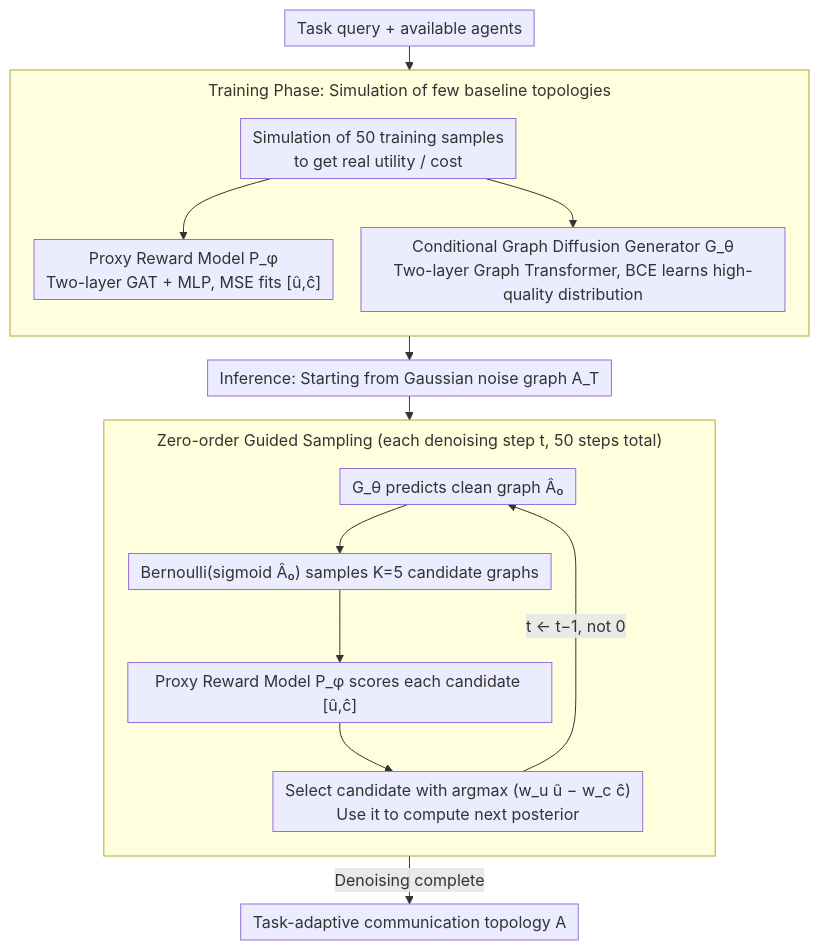
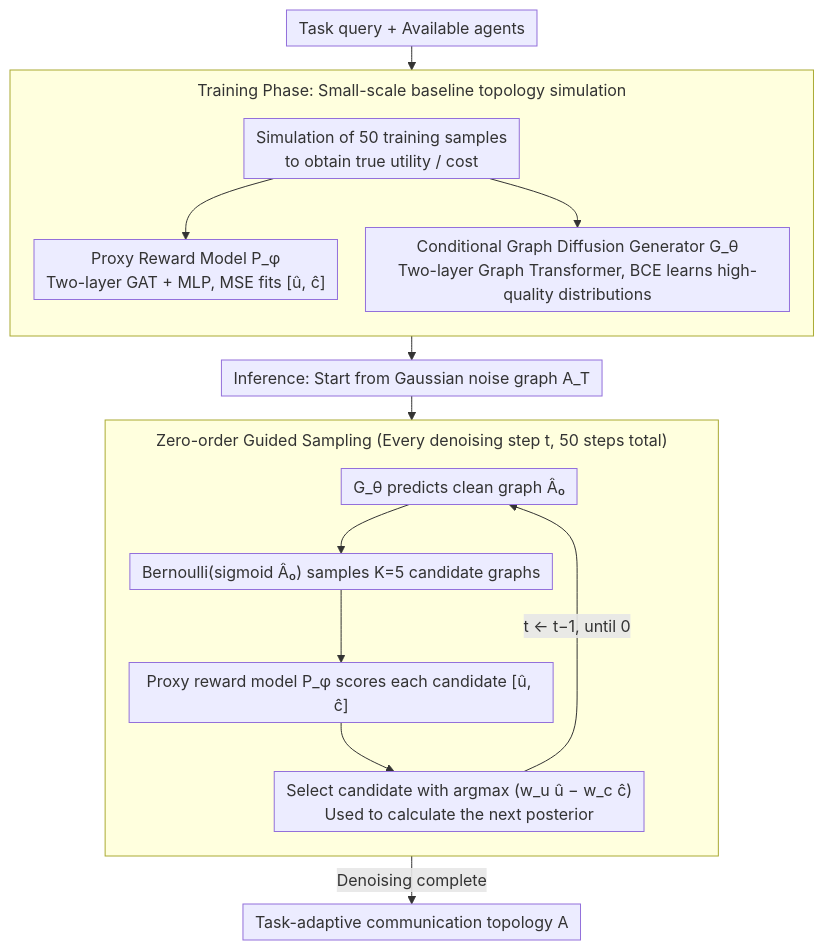
One commit to zhaoyang97/Paper-Notes-en changed the diagram in docs/ACL2026/llm_agent/dynamic_generation_of_multi-llm_agents_communication_topologies_with_graph_diffu.md. Above: the diagram before and after it, drawn with Mermaid. The commit also changed other lines of this file and 5084 other files, not shown here.

````diff
--- a/docs/ACL2026/llm_agent/dynamic_generation_of_multi-llm_agents_communication_topologies_with_graph_diffu.md
+++ b/docs/ACL2026/llm_agent/dynamic_generation_of_multi-llm_agents_communication_topologies_with_graph_diffu.md
@@ -41,20 +41,20 @@
 ```mermaid
 %%{init: {'flowchart': {'rankSpacing': 24, 'nodeSpacing': 28, 'padding': 6, 'wrappingWidth': 400, 'subGraphTitleMargin': {'top': 8, 'bottom': 16}}}}%%
 flowchart TD
-    IN["Task query + available agents"] --> TRAIN
-    subgraph TRAIN["Training Phase: Simulation of few baseline topologies"]
+    IN["Task query + Available agents"] --> TRAIN
+    subgraph TRAIN["Training Phase: Small-scale baseline topology simulation"]
         direction TB
-        SIM["Simulation of 50 training samples<br/>to get real utility / cost"] --> PROXY["Proxy Reward Model P_φ<br/>Two-layer GAT + MLP, MSE fits [û,ĉ]"]
-        SIM --> GEN["Conditional Graph Diffusion Generator G_θ<br/>Two-layer Graph Transformer, BCE learns high-quality distribution"]
+        SIM["Simulation of 50 training samples<br/>to obtain true utility / cost"] --> PROXY["Proxy Reward Model P_φ<br/>Two-layer GAT + MLP, MSE fits [û, ĉ]"]
+        SIM --> GEN["Conditional Graph Diffusion Generator G_θ<br/>Two-layer Graph Transformer, BCE learns high-quality distributions"]
     end
-    TRAIN --> NOISE["Inference: Starting from Gaussian noise graph A_T"]
+    TRAIN --> NOISE["Inference: Start from Gaussian noise graph A_T"]
     NOISE --> PRED
-    subgraph LOOP["Zero-order Guided Sampling (each denoising step t, 50 steps total)"]
+    subgraph LOOP["Zero-order Guided Sampling (Every denoising step t, 50 steps total)"]
         direction TB
         PRED["G_θ predicts clean graph Â₀"] --> CAND["Bernoulli(sigmoid Â₀) samples K=5 candidate graphs"]
-        CAND --> SCORE["Proxy Reward Model P_φ scores each candidate [û,ĉ]"]
-        SCORE --> SEL["Select candidate with argmax (w_u û − w_c ĉ)<br/>Use it to compute next posterior"]
+        CAND --> SCORE["Proxy reward model P_φ scores each candidate [û, ĉ]"]
+        SCORE --> SEL["Select candidate with argmax (w_u û − w_c ĉ)<br/>Used to calculate the next posterior"]
     end
-    SEL -->|t ← t−1, not 0| PRED
+    SEL -->|t ← t−1, until 0| PRED
     SEL -->|Denoising complete| OUT["Task-adaptive communication topology A"]
 ```
````
